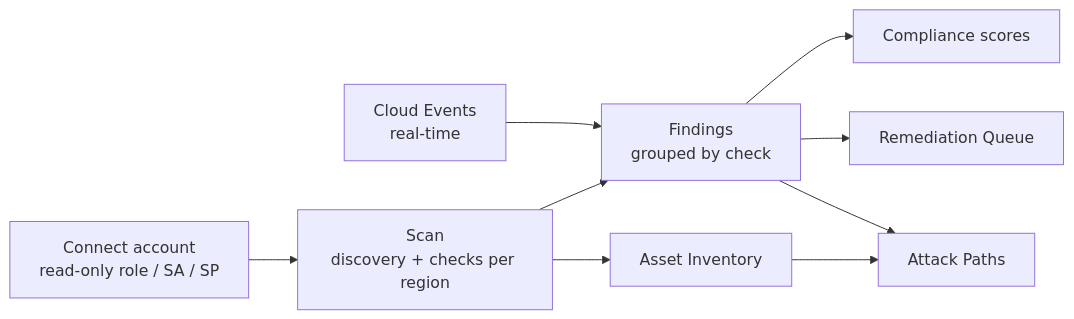
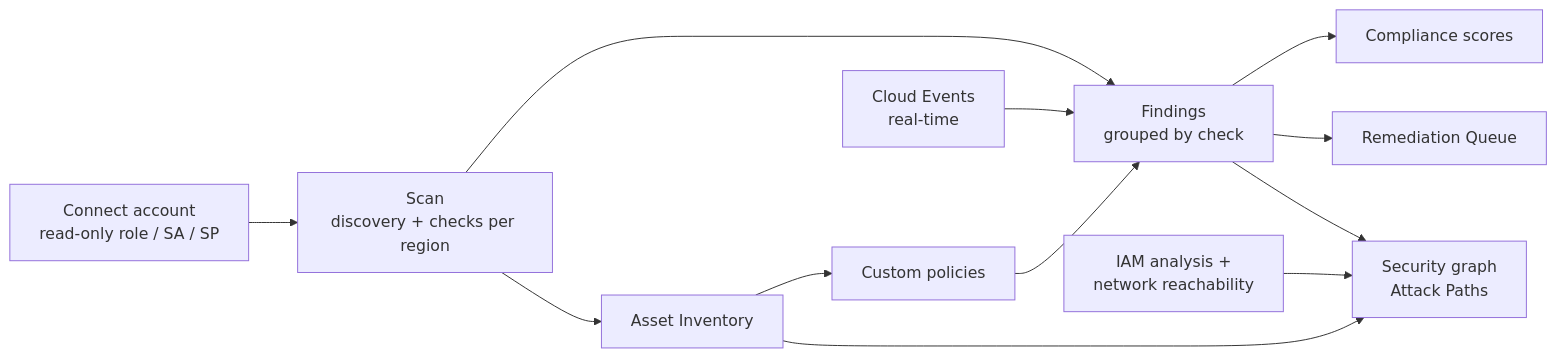
Before and after one commit to niteshsaini/offloadsecurity-docs: the diagram in docs/cloud-security/index.md, drawn with Mermaid. The commit also changed other lines of this file and 156 other files, not shown here.

````diff
--- a/docs/cloud-security/index.md
+++ b/docs/cloud-security/index.md
@@ -46,11 +53,14 @@
 ```mermaid
 flowchart LR
     A[Connect account<br/>read-only role / SA / SP] --> B[Scan<br/>discovery + checks per region]
     B --> C[Findings<br/>grouped by check]
     B --> D[Asset Inventory]
+    D --> P[Custom policies]
+    P --> C
     C --> E[Compliance scores]
     C --> F[Remediation Queue]
-    D --> G[Attack Paths]
+    D --> G[Security graph<br/>Attack Paths]
     C --> G
+    I[IAM analysis +<br/>network reachability] --> G
     H[Cloud Events<br/>real-time] --> C
 ```
````
